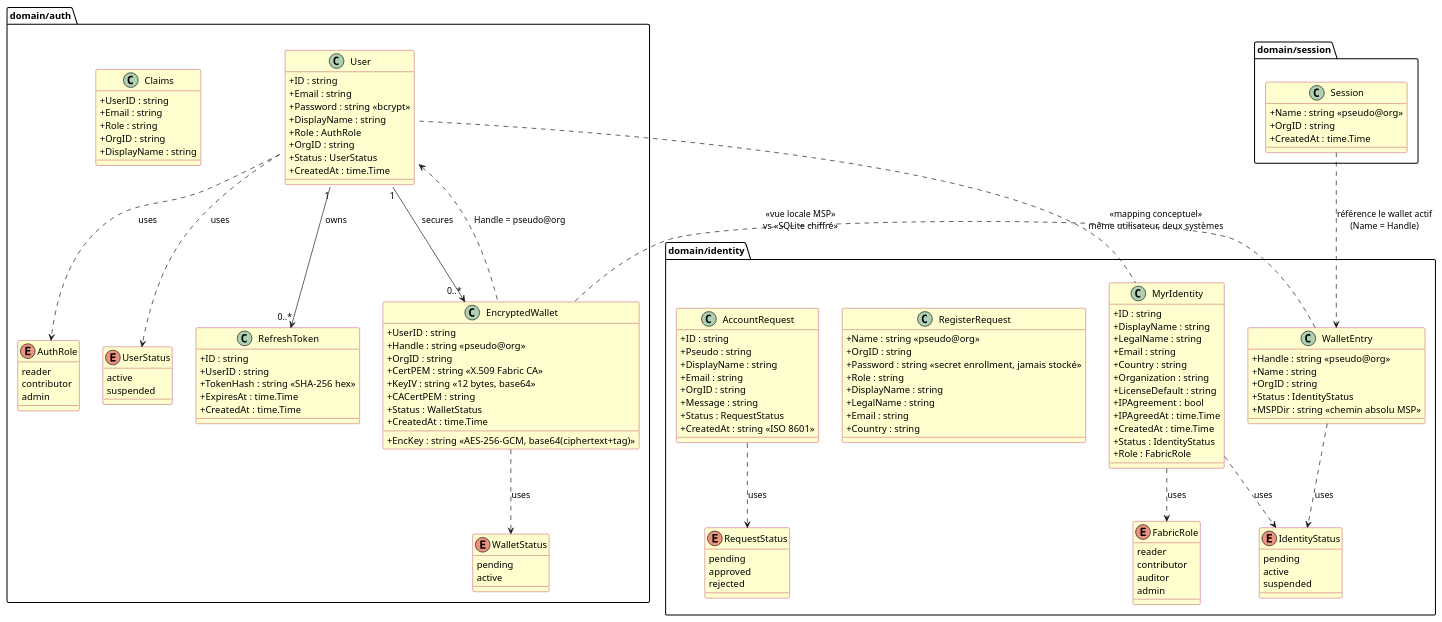
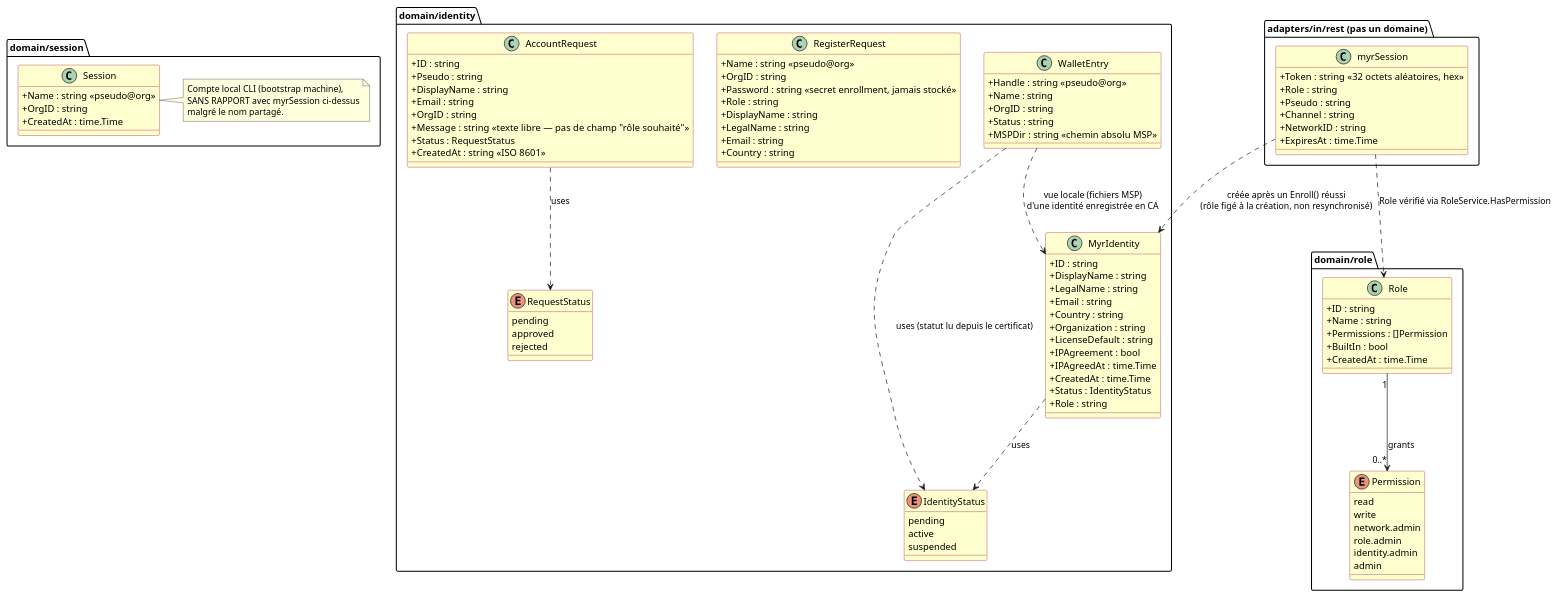
One commit to olivaux/myr changed the first of 6 diagrams in specs/3-Conception/DC_D1_Auth_Identity.md. Above: the diagram before and after it, drawn with PlantUML. The commit also changed other lines of this file and 17 other files, not shown here.

````diff
--- a/specs/3-Conception/DC_D1_Auth_Identity.md
+++ b/specs/3-Conception/DC_D1_Auth_Identity.md
@@ -20,70 +21,6 @@
 skinparam class {
   BackgroundColor #FEFECE
   BorderColor #A80036
-}
-
-package "domain/auth" {
-
-  class User {
-    + ID : string
-    + Email : string
-    + Password : string <<bcrypt>>
-    + DisplayName : string
-    + Role : AuthRole
-    + OrgID : string
-    + Status : UserStatus
-    + CreatedAt : time.Time
-  }
-
-  enum AuthRole {
-    reader
-    contributor
-    admin
-  }
-
-  enum UserStatus {
-    active
-    suspended
-  }
-
-  class RefreshToken {
-    + ID : string
-    + UserID : string
-    + TokenHash : string <<SHA-256 hex>>
-    + ExpiresAt : time.Time
-    + CreatedAt : time.Time
-  }
-
-  class EncryptedWallet {
-    + UserID : string
-    + Handle : string <<pseudo@org>>
-    + OrgID : string
-    + CertPEM : string <<X.509 Fabric CA>>
-    + EncKey : string <<AES-256-GCM, base64(ciphertext+tag)>>
-    + KeyIV : string <<12 bytes, base64>>
-    + CACertPEM : string
-    + Status : WalletStatus
-    + CreatedAt : time.Time
-  }
-
-  enum WalletStatus {
-    pending
-    active
-  }
-
-  class Claims {
-    + UserID : string
-    + Email : string
-    + Role : string
-    + OrgID : string
-    + DisplayName : string
-  }
-
-  User "1" --> "0..*" RefreshToken : owns
-  User "1" --> "0..*" EncryptedWallet : secures
-  User ..> AuthRole : uses
-  User ..> UserStatus : uses
-  EncryptedWallet ..> WalletStatus : uses
 }
 
 package "domain/identity" {
@@ -100,14 +37,7 @@
     + IPAgreedAt : time.Time
     + CreatedAt : time.Time
     + Status : IdentityStatus
-    + Role : FabricRole
-  }
-
-  enum FabricRole {
-    reader
-    contributor
-    auditor
-    admin
+    + Role : string
   }
 
   enum IdentityStatus {
@@ -120,7 +50,7 @@
     + Handle : string <<pseudo@org>>
     + Name : string
     + OrgID : string
-    + Status : IdentityStatus
+    + Status : string
     + MSPDir : string <<chemin absolu MSP>>
   }
 
@@ -141,7 +71,7 @@
     + DisplayName : string
     + Email : string
     + OrgID : string
-    + Message : string
+    + Message : string <<texte libre — pas de champ "rôle souhaité">>
     + Status : RequestStatus
     + CreatedAt : string <<ISO 8601>>
   }
@@ -152,10 +82,43 @@
     rejected
   }
 
-  MyrIdentity ..> FabricRole : uses
   MyrIdentity ..> IdentityStatus : uses
-  WalletEntry ..> IdentityStatus : uses
+  WalletEntry ..> IdentityStatus : uses (statut lu depuis le certificat)
   AccountRequest ..> RequestStatus : uses
+}
+
+package "domain/role" {
+
+  class Role {
+    + ID : string
+    + Name : string
+    + Permissions : []Permission
+    + BuiltIn : bool
+    + CreatedAt : time.Time
+  }
+
+  enum Permission {
+    read
+    write
+    network.admin
+    role.admin
+    identity.admin
+    admin
+  }
+
+  Role "1" --> "0..*" Permission : grants
+}
+
+package "adapters/in/rest (pas un domaine)" {
+
+  class myrSession {
+    + Token : string <<32 octets aléatoires, hex>>
+    + Role : string
+    + Pseudo : string
+    + Channel : string
+    + NetworkID : string
+    + ExpiresAt : time.Time
+  }
 }
 
 package "domain/session" {
@@ -165,13 +128,17 @@
     + OrgID : string
     + CreatedAt : time.Time
   }
+  note right of Session
+    Compte local CLI (bootstrap machine),
+    SANS RAPPORT avec myrSession ci-dessus
+    malgré le nom partagé.
+  end note
 }
 
 ' Relations inter-domaines
-User .. MyrIdentity : <<mapping conceptuel>>\nmême utilisateur, deux systèmes
-User::Handle <.. EncryptedWallet : Handle = pseudo@org
-WalletEntry .. EncryptedWallet : <<vue locale MSP>>\nvs <<SQLite chiffré>>
-Session ..> WalletEntry : référence le wallet actif\n(Name = Handle)
+WalletEntry ..> MyrIdentity : vue locale (fichiers MSP)\nd'une identité enregistrée en CA
+myrSession ..> MyrIdentity : créée après un Enroll() réussi\n(rôle figé à la création, non resynchronisé)
+myrSession ..> Role : Role vérifié via RoleService.HasPermission
 
 @enduml
 ```
````
